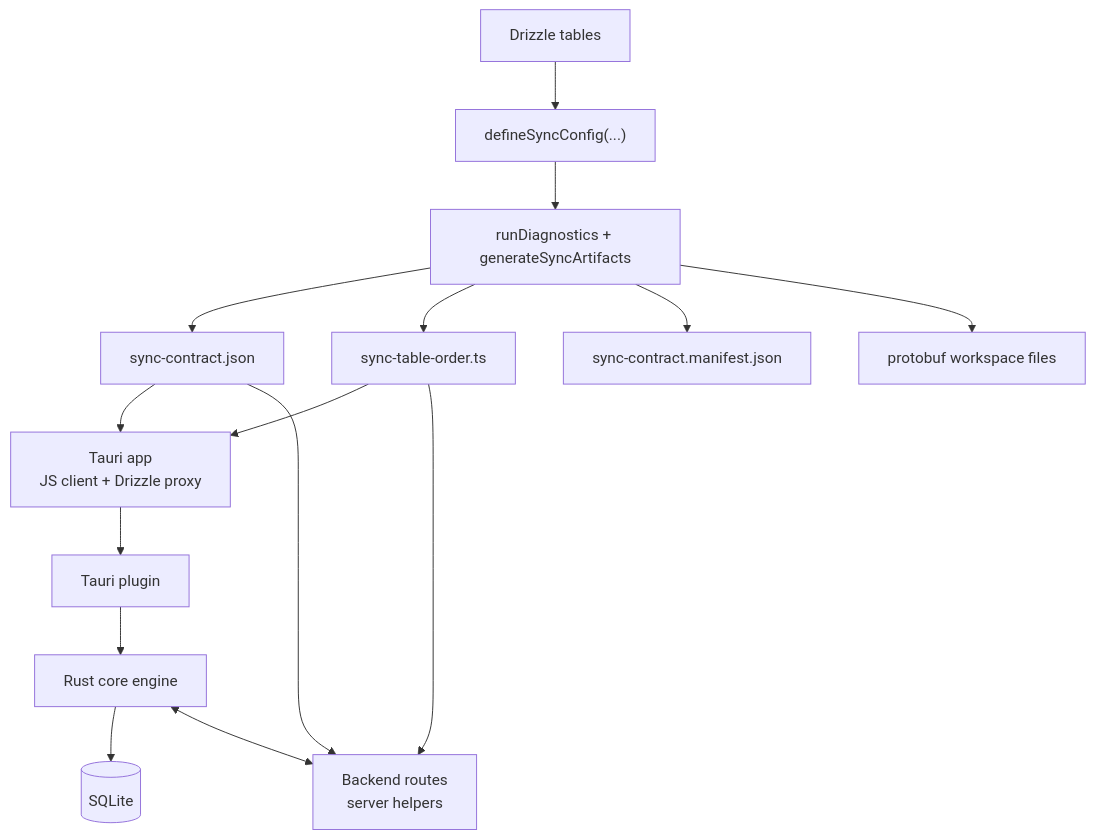
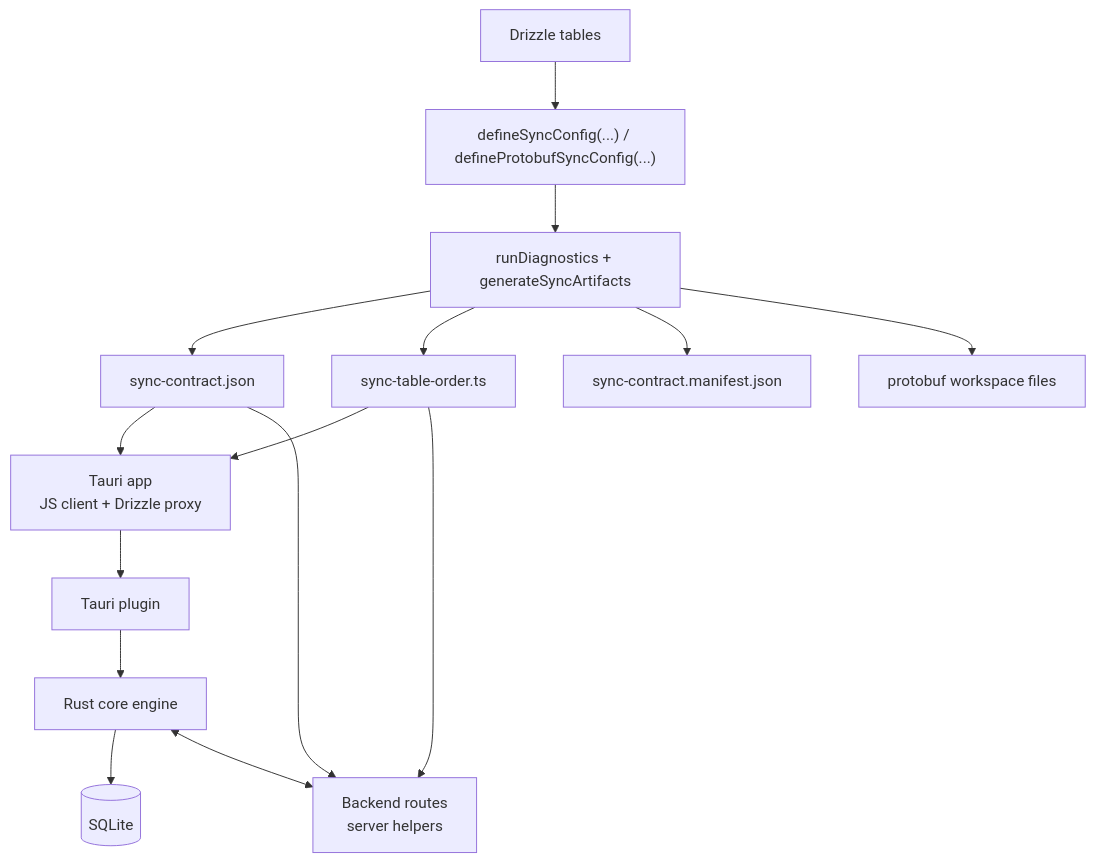
Before and after one commit to sakti-dev/baresync: the first of 6 diagrams in apps/docs/content/docs/architecture.mdx, drawn with Mermaid. The commit also changed other lines of this file and 21 other files, not shown here.

Commit message:
Improve sync config CLI and docs

````diff
--- a/apps/docs/content/docs/architecture.mdx
+++ b/apps/docs/content/docs/architecture.mdx
@@ -11,27 +11,27 @@
 ```mermaid
 flowchart TD
   tables["Drizzle tables"]
-  schema["defineSyncConfig(...)"]
+  schema["defineSyncConfig(...) / defineProtobufSyncConfig(...)"]
   generator["runDiagnostics + generateSyncArtifacts"]
   contract["sync-contract.json"]
   order["sync-table-order.ts"]
   manifest["sync-contract.manifest.json"]
   protobuf["protobuf workspace files"]
   app["Tauri app<br/>JS client + Drizzle proxy"]
   backend["Backend routes<br/>server helpers"]
   plugin["Tauri plugin"]
   core["Rust core engine"]
   sqlite[("SQLite")]
 
   tables --> schema --> generator
   generator --> contract
   generator --> order
   generator --> manifest
   generator --> protobuf
   contract --> app
   order --> app
   contract --> backend
   order --> backend
   app --> plugin --> core --> sqlite
   core <--> backend
 ```
````
